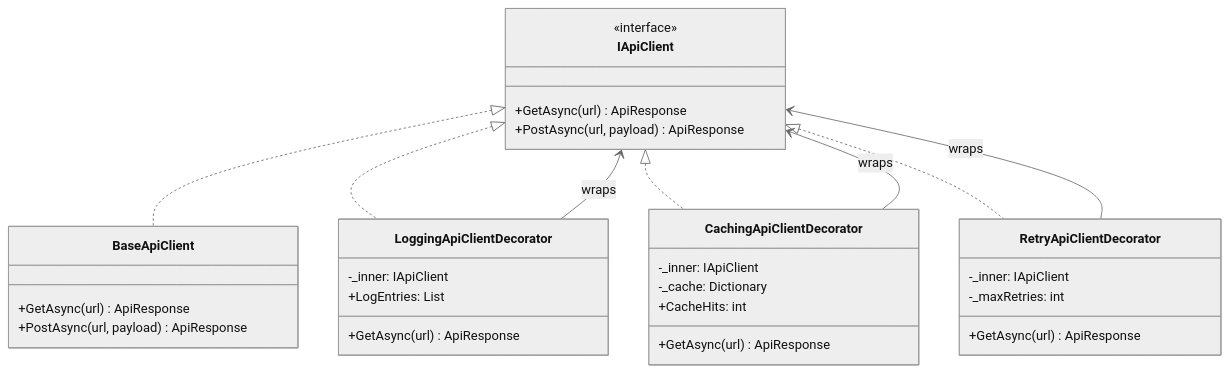
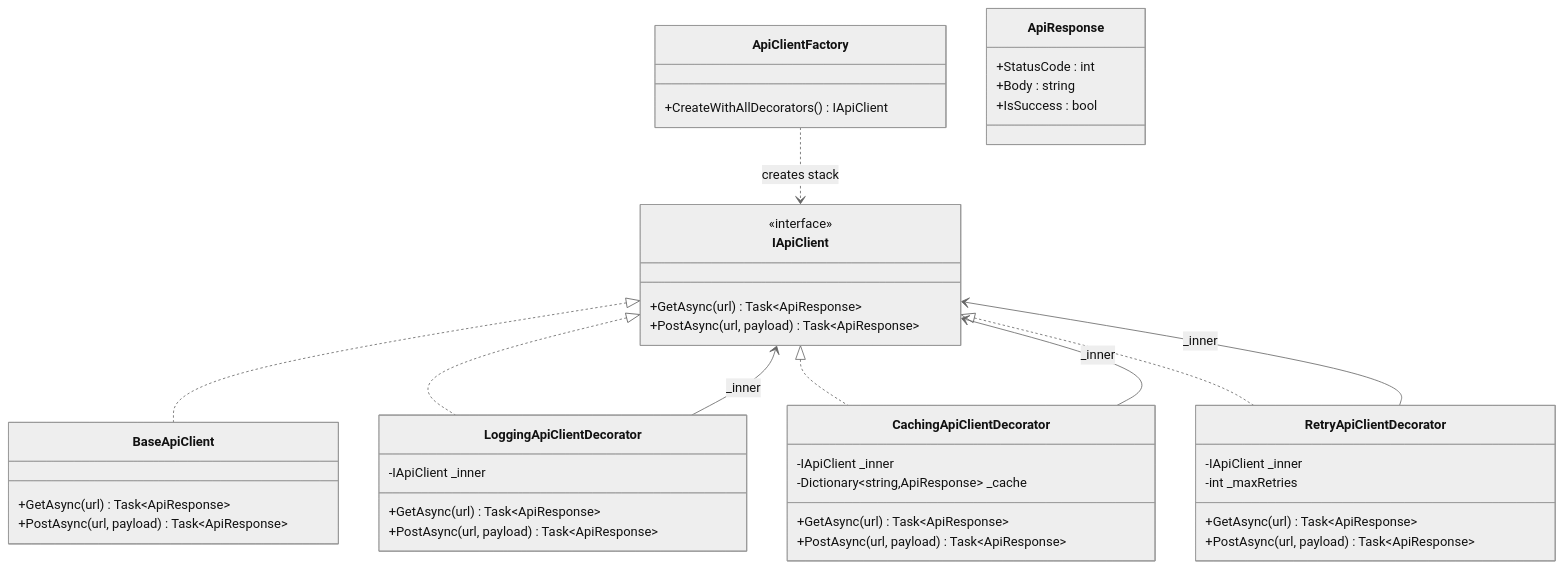
Before and after one commit to senapatisantosh/DotnetAdvanceDesignPattern: the first of 2 diagrams in src/DesignPatterns.Structural/Decorator/README.md, drawn with Mermaid (neutral theme). The commit also changed other lines of this file, not shown here.

First line of the commit message:
fix: update Decorator README

````diff
--- a/src/DesignPatterns.Structural/Decorator/README.md
+++ b/src/DesignPatterns.Structural/Decorator/README.md
@@ -92,40 +74,52 @@
 ```mermaid
 classDiagram
     class IApiClient {
         <<interface>>
-        +GetAsync(url) ApiResponse
-        +PostAsync(url, payload) ApiResponse
+        +GetAsync(url) Task~ApiResponse~
+        +PostAsync(url, payload) Task~ApiResponse~
     }
 
     class BaseApiClient {
-        +GetAsync(url) ApiResponse
-        +PostAsync(url, payload) ApiResponse
+        +GetAsync(url) Task~ApiResponse~
+        +PostAsync(url, payload) Task~ApiResponse~
     }
 
     class LoggingApiClientDecorator {
-        -_inner: IApiClient
-        +LogEntries: List
-        +GetAsync(url) ApiResponse
+        -IApiClient _inner
+        +GetAsync(url) Task~ApiResponse~
+        +PostAsync(url, payload) Task~ApiResponse~
     }
 
     class CachingApiClientDecorator {
-        -_inner: IApiClient
-        -_cache: Dictionary
-        +CacheHits: int
-        +GetAsync(url) ApiResponse
+        -IApiClient _inner
+        -Dictionary~string,ApiResponse~ _cache
+        +GetAsync(url) Task~ApiResponse~
+        +PostAsync(url, payload) Task~ApiResponse~
     }
 
     class RetryApiClientDecorator {
-        -_inner: IApiClient
-        -_maxRetries: int
-        +GetAsync(url) ApiResponse
+        -IApiClient _inner
+        -int _maxRetries
+        +GetAsync(url) Task~ApiResponse~
+        +PostAsync(url, payload) Task~ApiResponse~
+    }
+
+    class ApiClientFactory {
+        +CreateWithAllDecorators() IApiClient
+    }
+
+    class ApiResponse {
+        +StatusCode : int
+        +Body : string
+        +IsSuccess : bool
     }
 
     IApiClient <|.. BaseApiClient
     IApiClient <|.. LoggingApiClientDecorator
     IApiClient <|.. CachingApiClientDecorator
     IApiClient <|.. RetryApiClientDecorator
-    LoggingApiClientDecorator --> IApiClient : wraps
-    CachingApiClientDecorator --> IApiClient : wraps
-    RetryApiClientDecorator --> IApiClient : wraps
+    LoggingApiClientDecorator --> IApiClient : _inner
+    CachingApiClientDecorator --> IApiClient : _inner
+    RetryApiClientDecorator --> IApiClient : _inner
+    ApiClientFactory ..> IApiClient : creates stack
 ```
````
